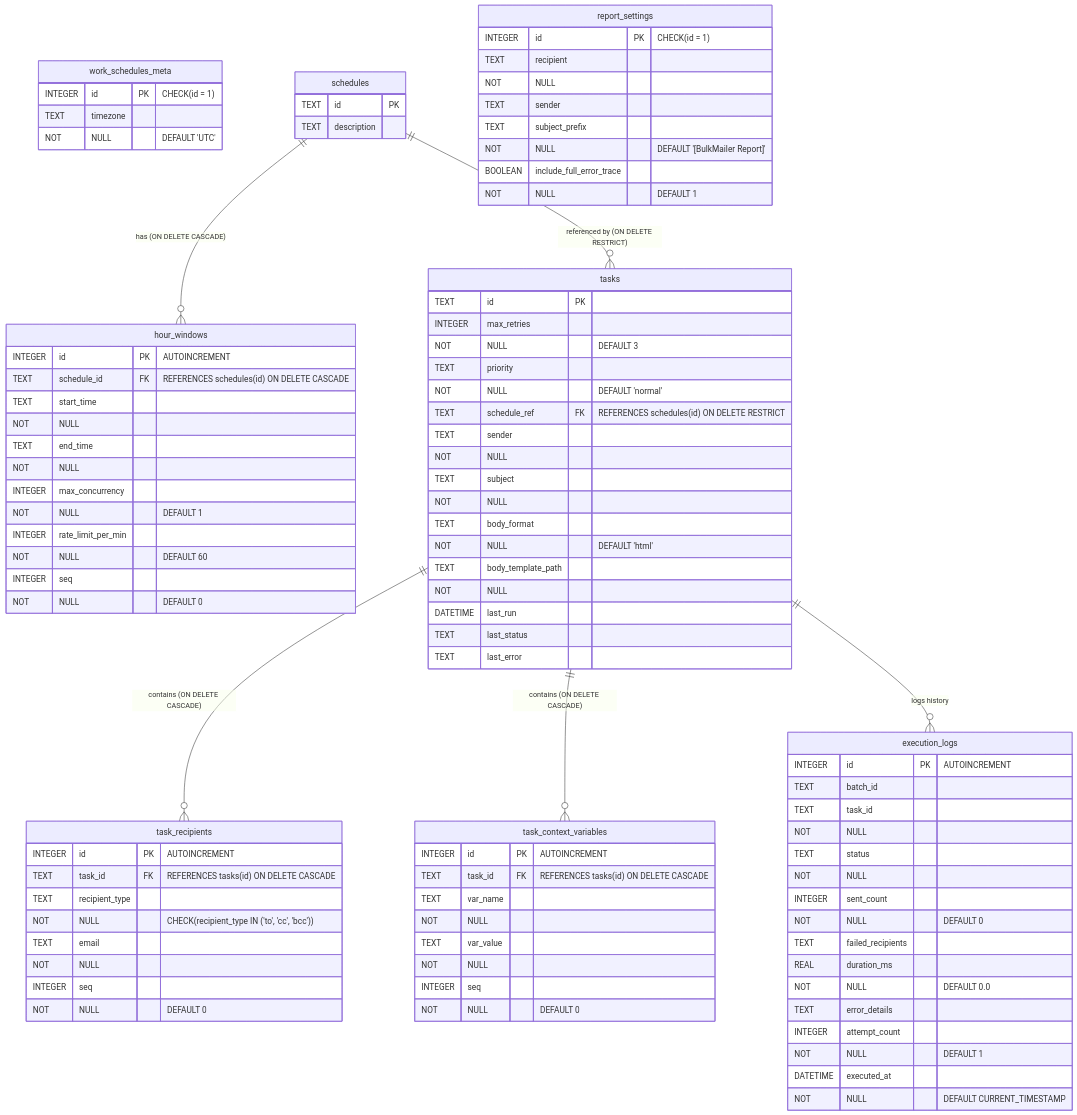
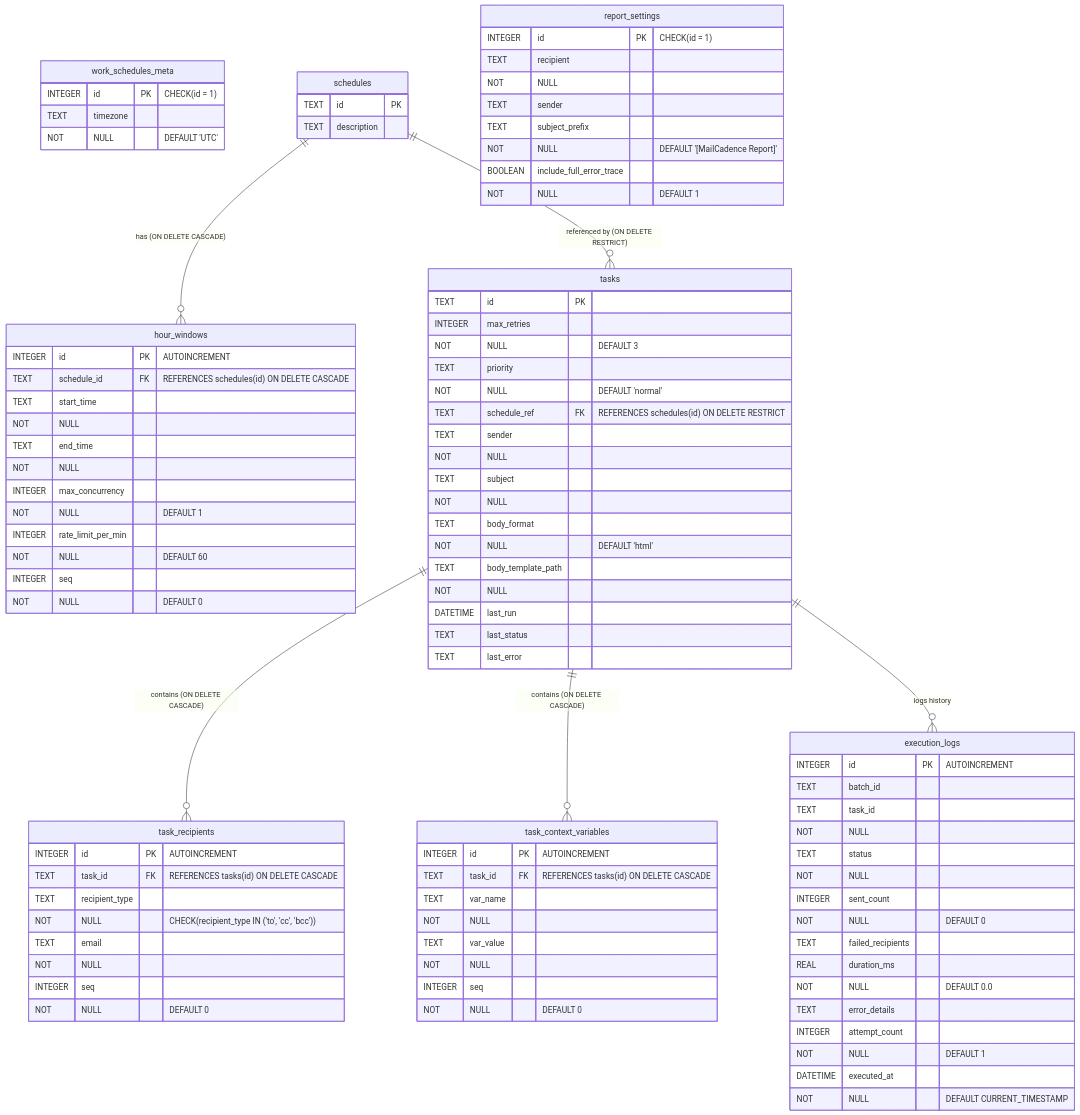
Before and after one commit to krj29b/bulk_email: the second of 4 diagrams in docs/ARCHITECTURE.md, drawn with Mermaid. The commit also changed other lines of this file and 35 other files, not shown here.

First line of the commit message:
Rebrand project from bulk-mailer to mail-cadence

````diff
--- a/docs/ARCHITECTURE.md
+++ b/docs/ARCHITECTURE.md
@@ -108,79 +108,79 @@
 ```mermaid
 erDiagram
     work_schedules_meta {
         INTEGER id PK "CHECK(id = 1)"
         TEXT timezone NOT NULL "DEFAULT 'UTC'"
     }
 
     schedules {
         TEXT id PK
         TEXT description
     }
 
     hour_windows {
         INTEGER id PK "AUTOINCREMENT"
         TEXT schedule_id FK "REFERENCES schedules(id) ON DELETE CASCADE"
         TEXT start_time NOT NULL
         TEXT end_time NOT NULL
         INTEGER max_concurrency NOT NULL "DEFAULT 1"
         INTEGER rate_limit_per_min NOT NULL "DEFAULT 60"
         INTEGER seq NOT NULL "DEFAULT 0"
     }
 
     report_settings {
         INTEGER id PK "CHECK(id = 1)"
         TEXT recipient NOT NULL
         TEXT sender
-        TEXT subject_prefix NOT NULL "DEFAULT '[BulkMailer Report]'"
+        TEXT subject_prefix NOT NULL "DEFAULT '[MailCadence Report]'"
         BOOLEAN include_full_error_trace NOT NULL "DEFAULT 1"
     }
 
     tasks {
         TEXT id PK
         INTEGER max_retries NOT NULL "DEFAULT 3"
         TEXT priority NOT NULL "DEFAULT 'normal'"
         TEXT schedule_ref FK "REFERENCES schedules(id) ON DELETE RESTRICT"
         TEXT sender NOT NULL
         TEXT subject NOT NULL
         TEXT body_format NOT NULL "DEFAULT 'html'"
         TEXT body_template_path NOT NULL
         DATETIME last_run
         TEXT last_status
         TEXT last_error
     }
 
     task_recipients {
         INTEGER id PK "AUTOINCREMENT"
         TEXT task_id FK "REFERENCES tasks(id) ON DELETE CASCADE"
         TEXT recipient_type NOT NULL "CHECK(recipient_type IN ('to', 'cc', 'bcc'))"
         TEXT email NOT NULL
         INTEGER seq NOT NULL "DEFAULT 0"
     }
 
     task_context_variables {
         INTEGER id PK "AUTOINCREMENT"
         TEXT task_id FK "REFERENCES tasks(id) ON DELETE CASCADE"
         TEXT var_name NOT NULL
         TEXT var_value NOT NULL
         INTEGER seq NOT NULL "DEFAULT 0"
     }
 
     execution_logs {
         INTEGER id PK "AUTOINCREMENT"
         TEXT batch_id
         TEXT task_id NOT NULL
         TEXT status NOT NULL
         INTEGER sent_count NOT NULL "DEFAULT 0"
         TEXT failed_recipients
         REAL duration_ms NOT NULL "DEFAULT 0.0"
         TEXT error_details
         INTEGER attempt_count NOT NULL "DEFAULT 1"
         DATETIME executed_at NOT NULL "DEFAULT CURRENT_TIMESTAMP"
     }
 
     schedules ||--o{ hour_windows : "has (ON DELETE CASCADE)"
     schedules ||--o{ tasks : "referenced by (ON DELETE RESTRICT)"
     tasks ||--o{ task_recipients : "contains (ON DELETE CASCADE)"
     tasks ||--o{ task_context_variables : "contains (ON DELETE CASCADE)"
     tasks ||--o{ execution_logs : "logs history"
 ```
````
